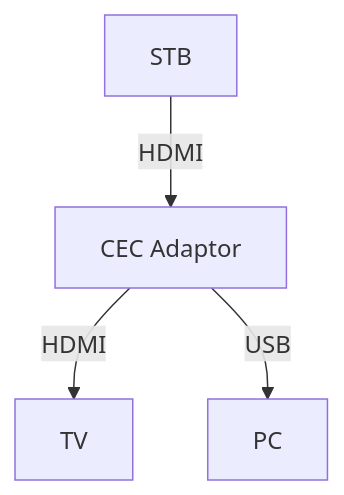
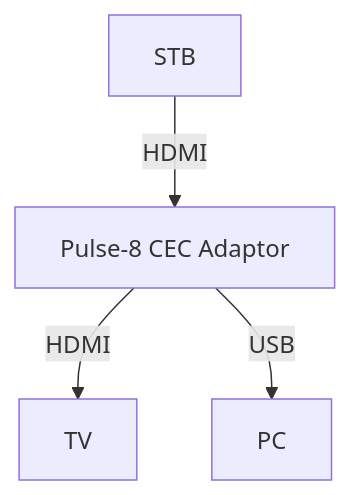
One commit to rdkcentral/rdk-halif-test-hdmi_cec changed the diagram in docs/pages/hdmi-cec-sink-L3-Low-Level_TestSpec.md. Above: the diagram before and after it, drawn with Mermaid. The commit also changed other lines of this file, not shown here.

First line of the commit message:
gh #44 Update hdmi-cec-sink-L3-Low-Level_TestSpec.md

````diff
--- a/docs/pages/hdmi-cec-sink-L3-Low-Level_TestSpec.md
+++ b/docs/pages/hdmi-cec-sink-L3-Low-Level_TestSpec.md
@@ -36,6 +36,6 @@
 ```mermaid
 graph TB
-A[STB] -->|HDMI| B[CEC Adaptor]
+A[STB] -->|HDMI| B[Pulse-8 CEC Adaptor]
 B --> |HDMI| C[ TV]
 B -->|USB| C3[PC]
 ```
````
